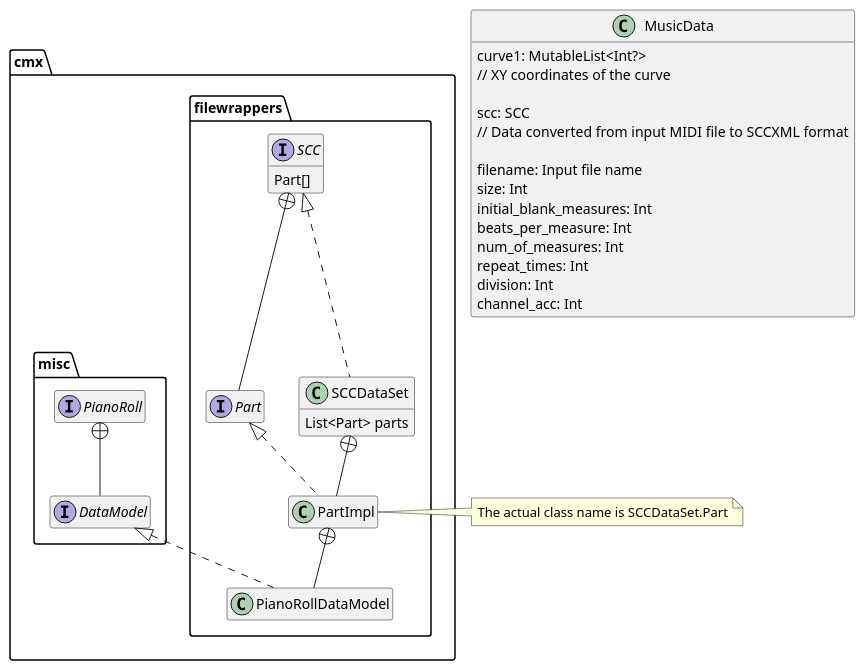
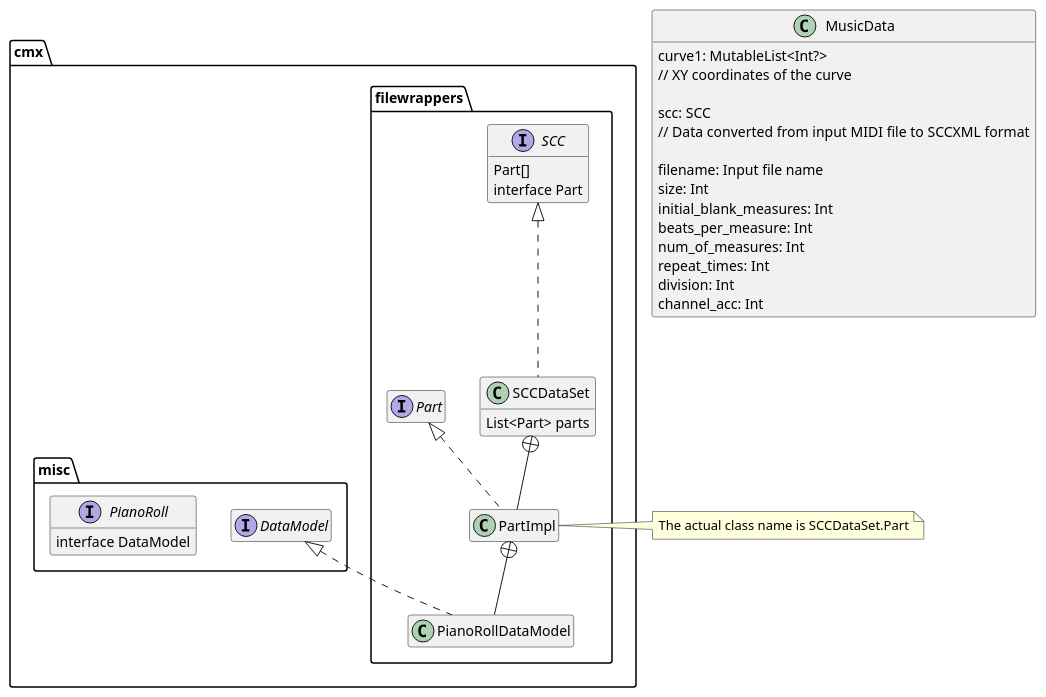
The diagram in diagrams/test3.puml (fujiij/plantuml), drawn with PlantUML before and after one commit.

```diff
--- a/diagrams/test3.puml
+++ b/diagrams/test3.puml
@@ -1,50 +1,48 @@
 @startuml
 'https://plantuml.com/class-diagram
 hide empty members
 
 class MusicData {
     curve1: MutableList<Int?>
     // XY coordinates of the curve
 
     scc: SCC
     // Data converted from input MIDI file to SCCXML format
 
     filename: Input file name
     size: Int
     initial_blank_measures: Int
     beats_per_measure: Int
     num_of_measures: Int
     repeat_times: Int
     division: Int
     channel_acc: Int
 }
 
 package "cmx" {
     package "filewrappers" {
         interface SCC {
             Part[]
+            interface Part
         }
-        interface Part
         class SCCDataSet implements SCC {
             List<Part> parts
         }
         class PianoRollDataModel implements cmx.misc.DataModel
         class PartImpl implements Part
     }
     package "misc" {
-        interface PianoRoll
-        interface DataModel
+        interface PianoRoll {
+            interface DataModel
+        }
     }
 }
-
-cmx.filewrappers.SCC +-- cmx.filewrappers.Part
-cmx.misc.PianoRoll +-- cmx.misc.DataModel
 
 cmx.filewrappers.SCCDataSet +-- cmx.filewrappers.PartImpl
 note right of cmx.filewrappers.PartImpl
     The actual class name is SCCDataSet.Part
 end note
 
 cmx.filewrappers.PartImpl +-- cmx.filewrappers.PianoRollDataModel
 
 @enduml
```
